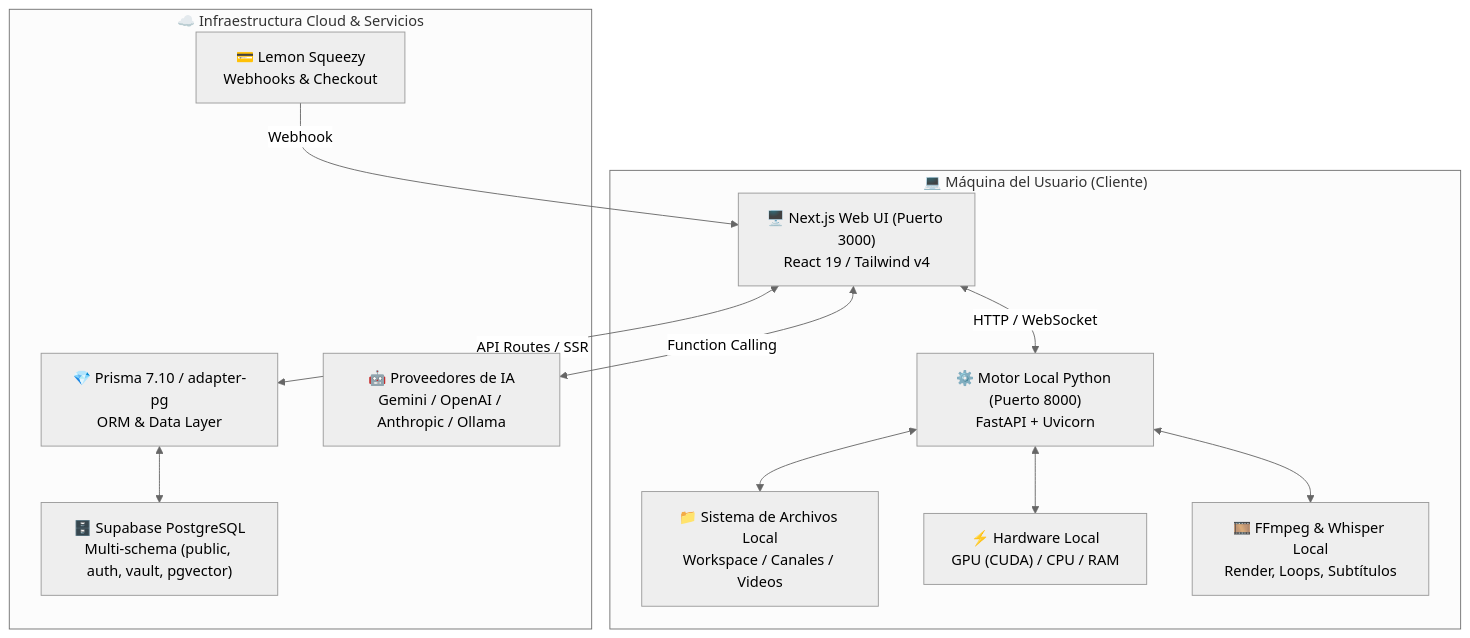
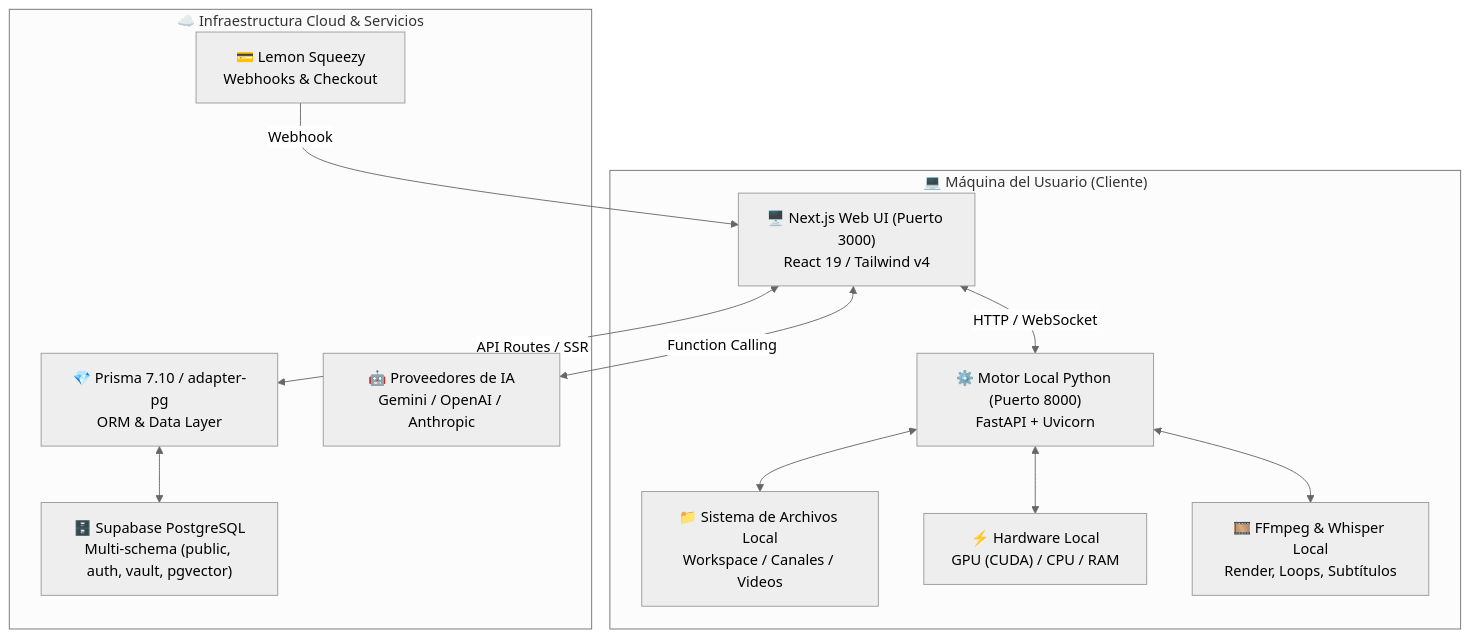
The diagram in docs/features/AutoProd/ficha_tecnica.md (MA73OOO/autoprod), drawn with Mermaid (neutral theme) before and after one commit. The commit also changed 19 other files, not shown here.

````diff
--- a/docs/features/AutoProd/ficha_tecnica.md
+++ b/docs/features/AutoProd/ficha_tecnica.md
@@ -11,26 +11,26 @@
 ```mermaid
 flowchart TB
     subgraph Client["💻 Máquina del Usuario (Cliente)"]
         UI["🖥️ Next.js Web UI (Puerto 3000)\nReact 19 / Tailwind v4"]
         LocalMotor["⚙️ Motor Local Python (Puerto 8000)\nFastAPI + Uvicorn"]
         FS["📁 Sistema de Archivos Local\nWorkspace / Canales / Videos"]
         HW["⚡ Hardware Local\nGPU (CUDA) / CPU / RAM"]
         FFmpeg["🎞️ FFmpeg & Whisper Local\nRender, Loops, Subtítulos"]
     end
 
     subgraph Cloud["☁️ Infraestructura Cloud & Servicios"]
         Supabase["🗄️ Supabase PostgreSQL\nMulti-schema (public, auth, vault, pgvector)"]
         Prisma["💎 Prisma 7.10 / adapter-pg\nORM & Data Layer"]
         LemonSqueezy["💳 Lemon Squeezy\nWebhooks & Checkout"]
-        AIProviders["🤖 Proveedores de IA\nGemini / OpenAI / Anthropic / Ollama"]
+        AIProviders["🤖 Proveedores de IA\nGemini / OpenAI / Anthropic"]
     end
 
     UI <-->|HTTP / WebSocket| LocalMotor
     LocalMotor <--> FS
     LocalMotor <--> HW
     LocalMotor <--> FFmpeg
     UI <-->|API Routes / SSR| Prisma
     Prisma <--> Supabase
     UI <-->|Function Calling| AIProviders
     LemonSqueezy -->|Webhook| UI
 ```
````
